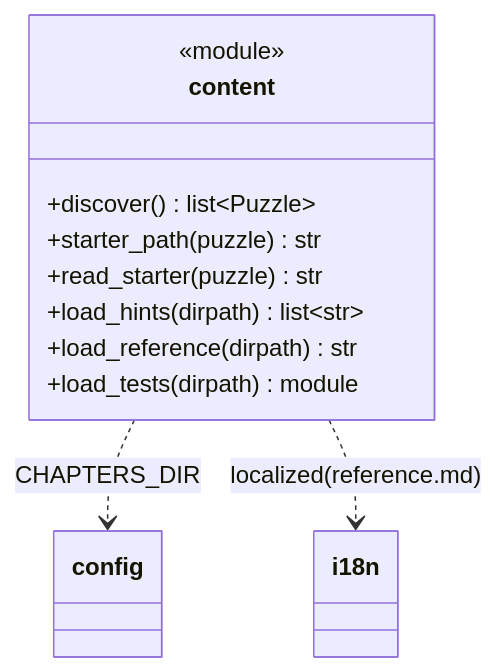
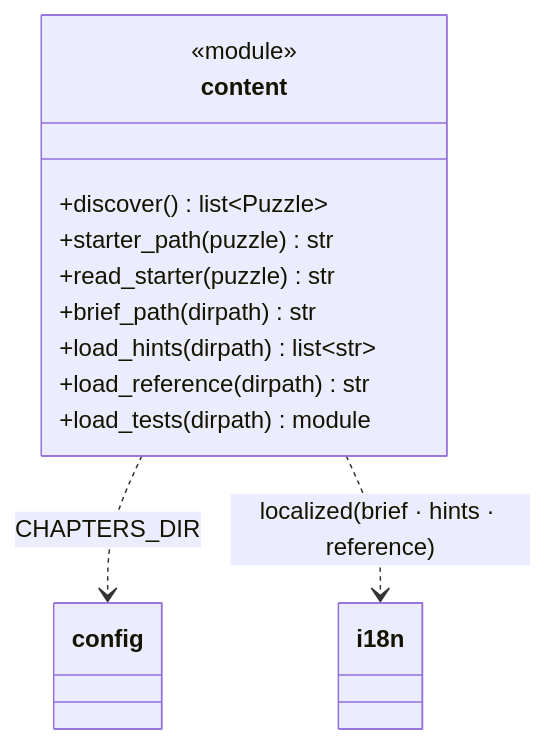
The fifth of 11 diagrams in docs/architecture/engine-core.md (N041M/PyQuest), drawn with Mermaid before and after one commit. The commit also changed other lines of this file and 4 other files, not shown here.

Commit message:
Extend pack overrides to brief.md and hints.md

````diff
--- a/docs/architecture/engine-core.md
+++ b/docs/architecture/engine-core.md
@@ -123,14 +123,15 @@
 ```mermaid
 classDiagram
     class content {
         <<module>>
         +discover() list~Puzzle~
         +starter_path(puzzle) str
         +read_starter(puzzle) str
+        +brief_path(dirpath) str
         +load_hints(dirpath) list~str~
         +load_reference(dirpath) str
         +load_tests(dirpath) module
     }
     content ..> config : CHAPTERS_DIR
-    content ..> i18n : localized(reference.md)
+    content ..> i18n : localized(brief · hints · reference)
 ```
````
